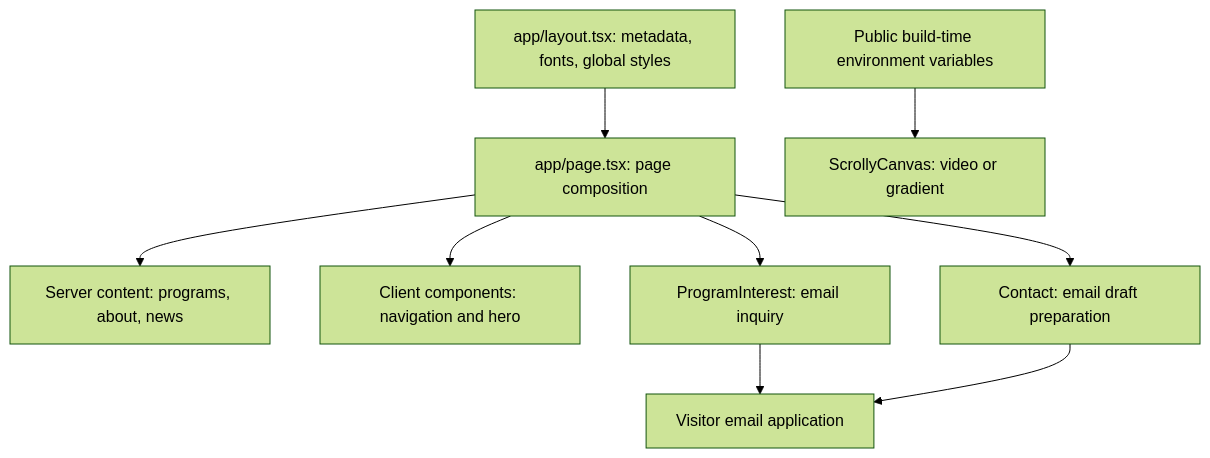
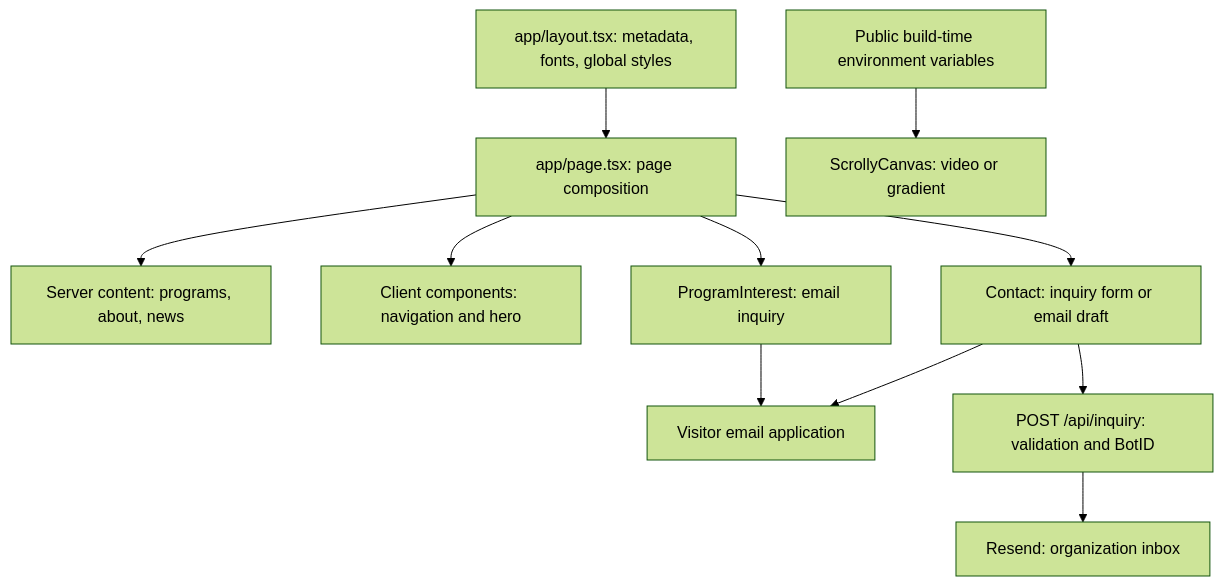
One commit to kasimomar/midnimo-athletics changed the diagram in README.md. Above: the diagram before and after it, drawn with Mermaid (forest theme). The commit also changed other lines of this file and 19 other files, not shown here.

````diff
--- a/README.md
+++ b/README.md
@@ -34,11 +34,13 @@
 ```mermaid
 flowchart TD
     Layout[app/layout.tsx: metadata, fonts, global styles] --> Page[app/page.tsx: page composition]
     Page --> Sections[Server content: programs, about, news]
     Page --> Interactive[Client components: navigation and hero]
     Page --> Interest[ProgramInterest: email inquiry]
-    Page --> Contact[Contact: email draft preparation]
+    Page --> Contact[Contact: inquiry form or email draft]
     Config[Public build-time environment variables] --> Hero[ScrollyCanvas: video or gradient]
     Interest --> Email[Visitor email application]
+    Contact --> API[POST /api/inquiry: validation and BotID]
+    API --> Resend[Resend: organization inbox]
     Contact --> Email
 ```
````
